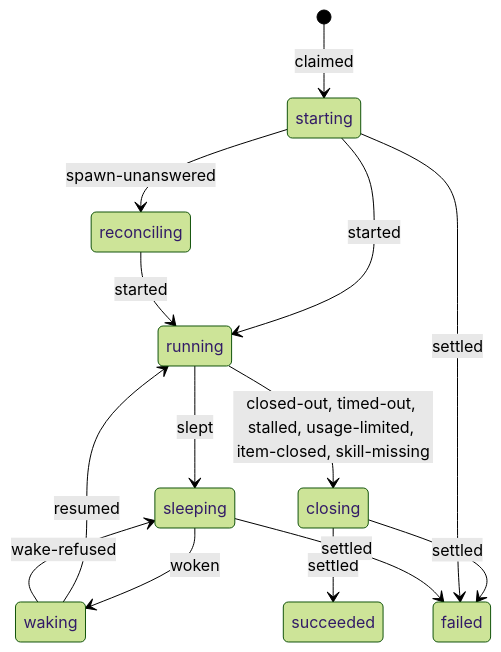
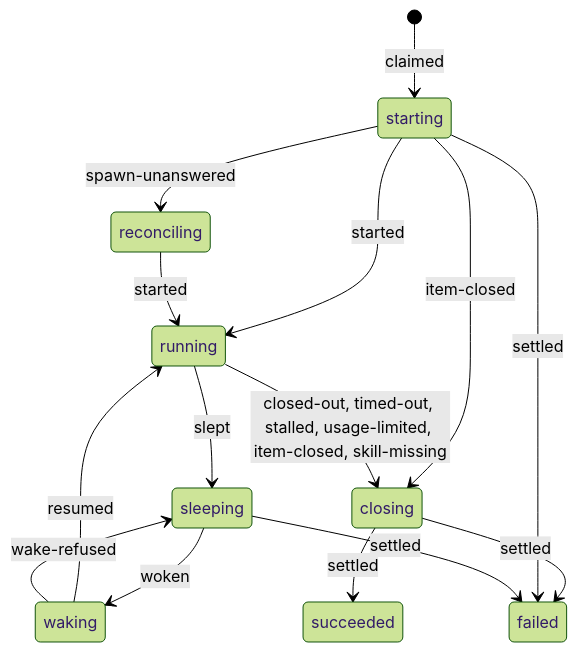
Before and after one commit to zgeoff/boxxy: the diagram in docs/architecture/work/attempts.md, drawn with Mermaid (forest theme). The commit also changed other lines of this file and 14 other files, not shown here.

Commit message:
docs: act on the second cold reads of the architecture docs

````diff
--- a/docs/architecture/work/attempts.md
+++ b/docs/architecture/work/attempts.md
@@ -20,16 +22,17 @@
 ```mermaid
 stateDiagram-v2
   [*] --> starting: claimed
   starting --> running: started
   starting --> reconciling: spawn-unanswered
   reconciling --> running: started
   running --> sleeping: slept
   sleeping --> waking: woken
   waking --> running: resumed
   waking --> sleeping: wake-refused
+  starting --> closing: item-closed
   running --> closing: closed-out, timed-out, stalled, usage-limited, item-closed, skill-missing
   closing --> succeeded: settled
   closing --> failed: settled
   starting --> failed: settled
   sleeping --> failed: settled
 ```
````
